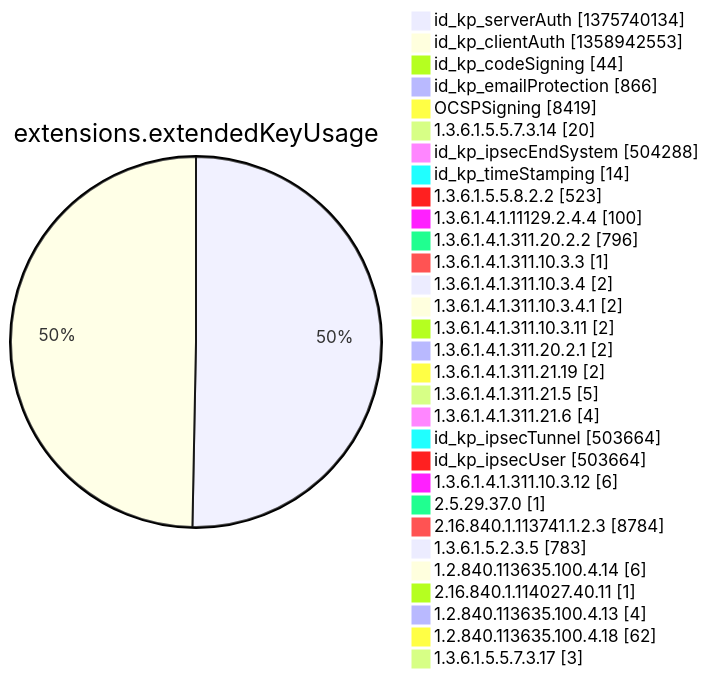
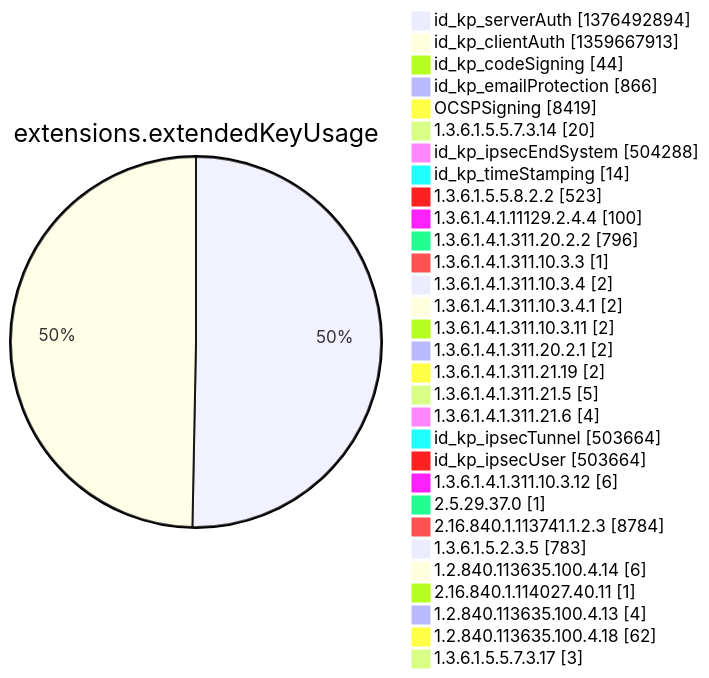
Before and after one commit to christiankrug/ctmonitor_visualization: diagram 12 of 15 in argon2022/README.md, drawn with Mermaid. The commit also changed other lines of this file, not shown here.

````diff
--- a/argon2022/README.md
+++ b/argon2022/README.md
@@ -3553,34 +3553,34 @@
 ```mermaid
 pie showData
 title extensions.extendedKeyUsage
-"id_kp_serverAuth" :1375740134
-"id_kp_clientAuth" :1358942553
+"id_kp_serverAuth" :1376492894
+"id_kp_clientAuth" :1359667913
 "id_kp_codeSigning" :44
 "id_kp_emailProtection" :866
 "OCSPSigning" :8419
 "1.3.6.1.5.5.7.3.14" :20
 "id_kp_ipsecEndSystem" :504288
 "id_kp_timeStamping" :14
 "1.3.6.1.5.5.8.2.2" :523
 "1.3.6.1.4.1.11129.2.4.4" :100
 "1.3.6.1.4.1.311.20.2.2" :796
 "1.3.6.1.4.1.311.10.3.3" :1
 "1.3.6.1.4.1.311.10.3.4" :2
 "1.3.6.1.4.1.311.10.3.4.1" :2
 "1.3.6.1.4.1.311.10.3.11" :2
 "1.3.6.1.4.1.311.20.2.1" :2
 "1.3.6.1.4.1.311.21.19" :2
 "1.3.6.1.4.1.311.21.5" :5
 "1.3.6.1.4.1.311.21.6" :4
 "id_kp_ipsecTunnel" :503664
 "id_kp_ipsecUser" :503664
 "1.3.6.1.4.1.311.10.3.12" :6
 "2.5.29.37.0" :1
 "2.16.840.1.113741.1.2.3" :8784
 "1.3.6.1.5.2.3.5" :783
 "1.2.840.113635.100.4.14" :6
 "2.16.840.1.114027.40.11" :1
 "1.2.840.113635.100.4.13" :4
 "1.2.840.113635.100.4.18" :62
 "1.3.6.1.5.5.7.3.17" :3
 ```
````
